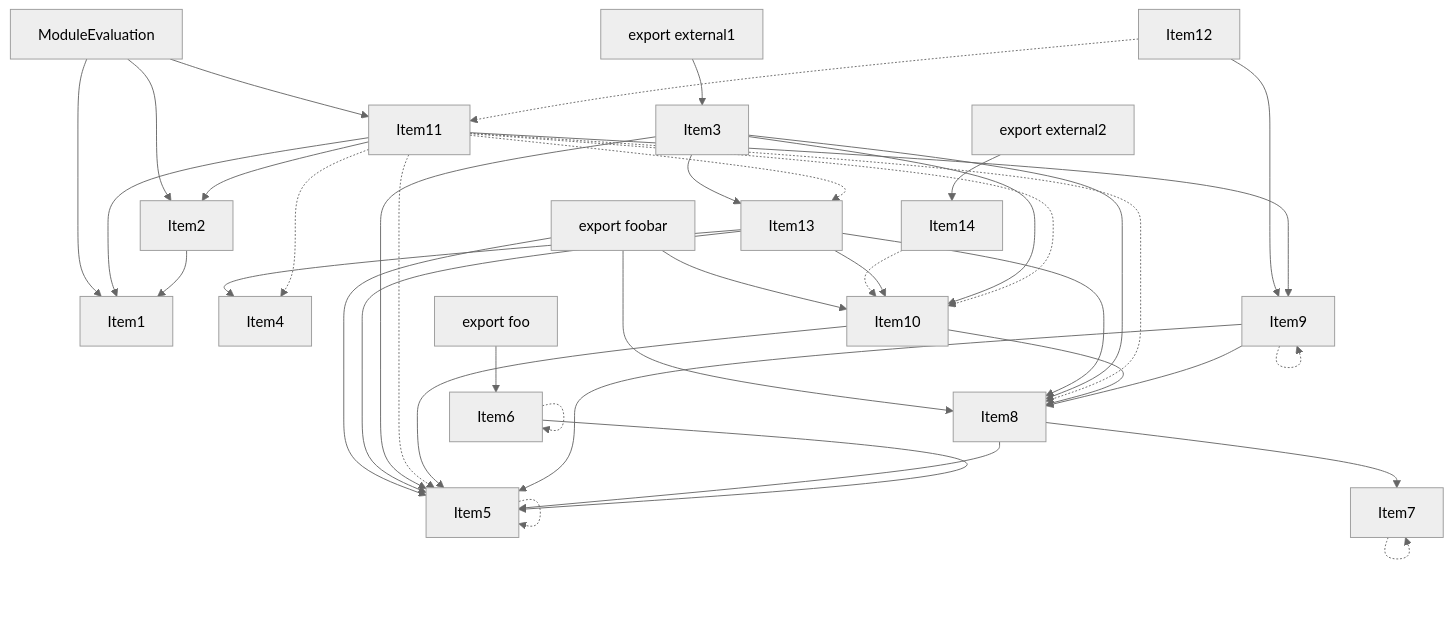
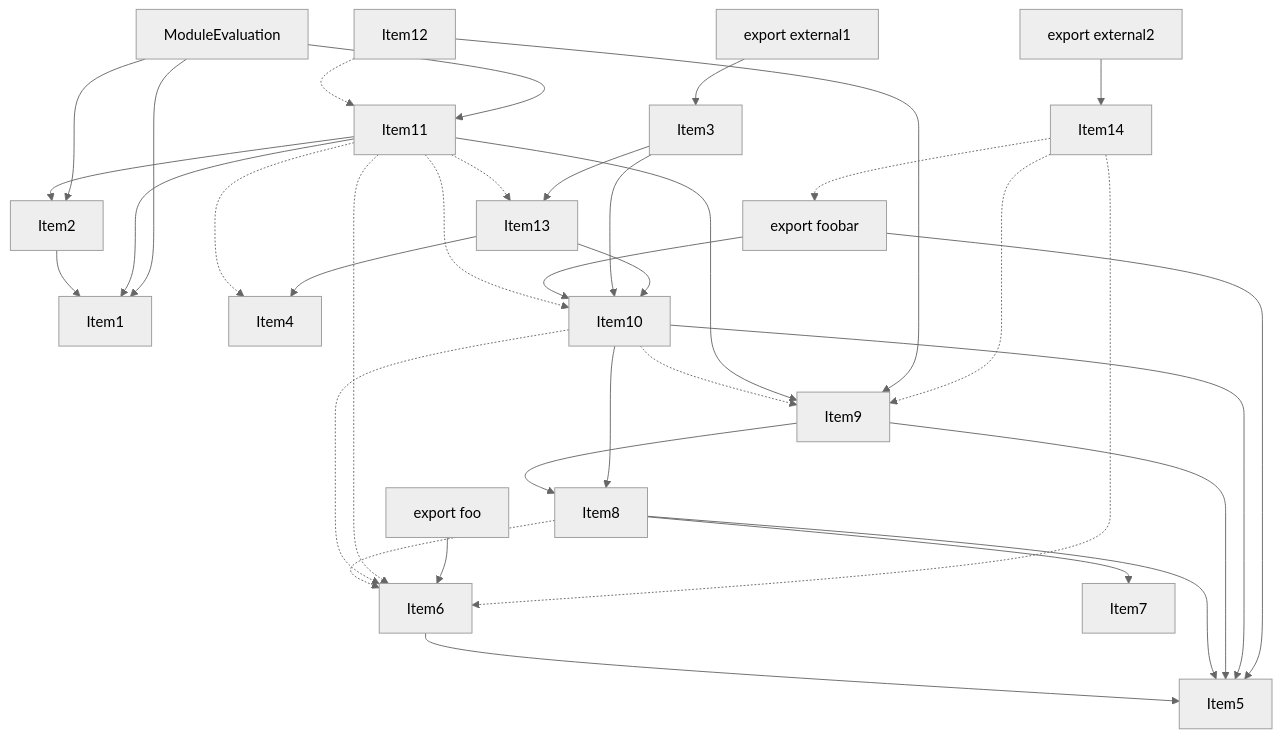
One commit to darkred/turbo changed the fourth of 5 diagrams in crates/turbopack-ecmascript/tests/tree-shaker/analyzer/2/output.md. Above: the diagram before and after it, drawn with Mermaid (neutral theme). The commit also changed other lines of this file and 22 other files, not shown here.

````diff
--- a/crates/turbopack-ecmascript/tests/tree-shaker/analyzer/2/output.md
+++ b/crates/turbopack-ecmascript/tests/tree-shaker/analyzer/2/output.md
@@ -298,67 +302,62 @@
 ```mermaid
 graph TD
     Item3;
     Item1;
     Item4;
     Item5;
     Item6;
     Item7;
     Item8;
     Item9;
     Item10;
     Item11;
     Item12;
     Item13;
     Item14;
     Item2;
     Item15;
     Item15["ModuleEvaluation"];
     Item16;
     Item16["export external1"];
     Item17;
     Item17["export foobar"];
     Item18;
     Item18["export foo"];
     Item19;
     Item19["export external2"];
     Item2 --> Item1;
-    Item5 -.-> Item5;
     Item6 --> Item5;
-    Item6 -.-> Item6;
-    Item7 -.-> Item7;
     Item8 --> Item7;
     Item8 --> Item5;
+    Item8 -.-> Item6;
+    Item9 --> Item8;
     Item9 --> Item5;
-    Item9 --> Item8;
-    Item9 -.-> Item9;
+    Item10 --> Item8;
     Item10 --> Item5;
-    Item10 --> Item8;
+    Item10 -.-> Item6;
+    Item10 -.-> Item9;
     Item11 --> Item9;
     Item11 --> Item1;
     Item11 --> Item2;
     Item11 -.-> Item13;
-    Item11 -.-> Item5;
-    Item11 -.-> Item8;
     Item11 -.-> Item10;
+    Item11 -.-> Item6;
     Item11 -.-> Item4;
     Item12 --> Item9;
     Item12 -.-> Item11;
+    Item16 --> Item3;
+    Item17 --> Item10;
+    Item17 --> Item5;
+    Item18 --> Item6;
+    Item19 --> Item14;
     Item3 --> Item13;
-    Item3 --> Item5;
-    Item3 --> Item8;
     Item3 --> Item10;
     Item13 --> Item4;
-    Item13 --> Item5;
-    Item13 --> Item8;
     Item13 --> Item10;
-    Item14 -.-> Item10;
+    Item14 -.-> Item6;
+    Item14 -.-> Item9;
+    Item14 -.-> Item17;
     Item15 --> Item1;
     Item15 --> Item2;
     Item15 --> Item11;
-    Item16 --> Item3;
-    Item17 --> Item5;
-    Item17 --> Item8;
-    Item17 --> Item10;
-    Item18 --> Item6;
-    Item19 --> Item14;
 ```
````
